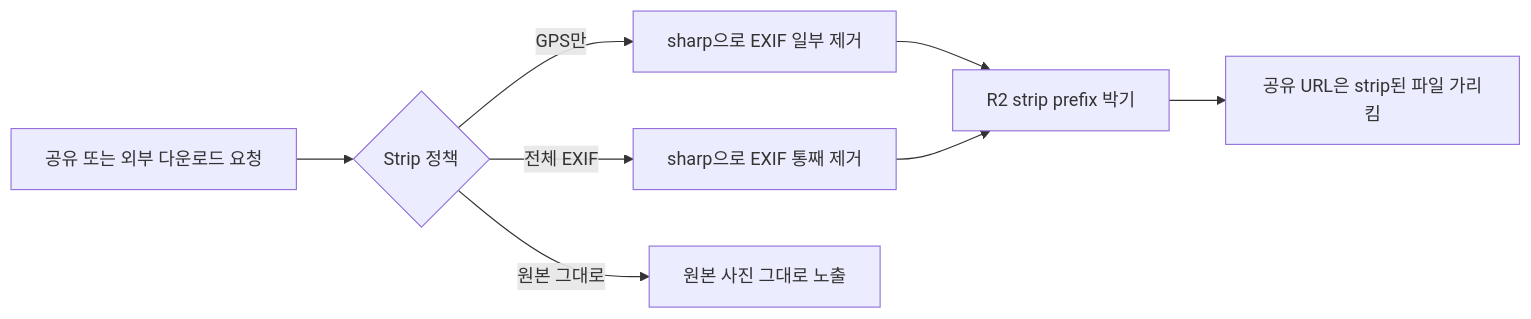
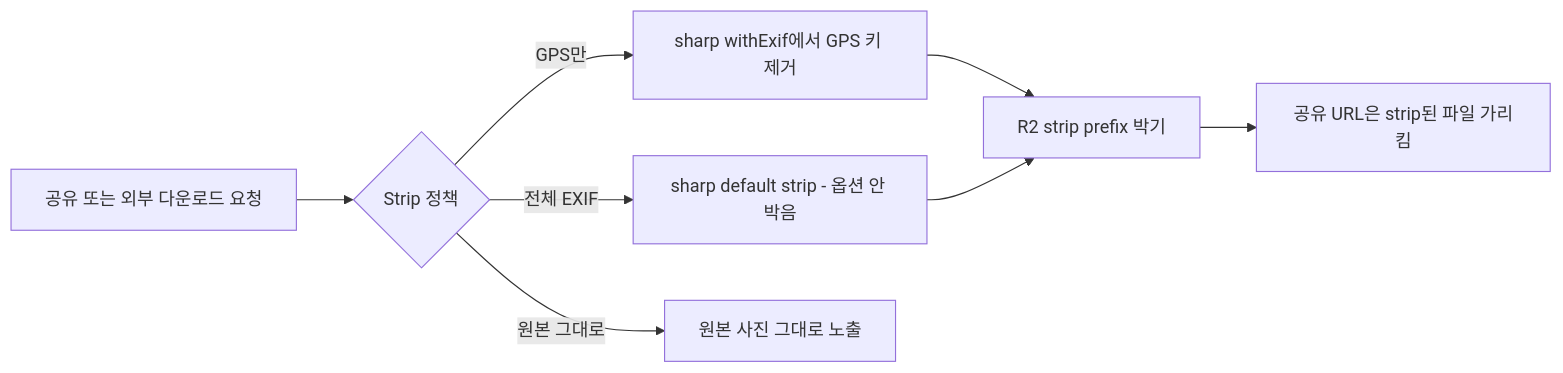
Before and after one commit to sikkzz/Trailog: the second of 3 diagrams in docs/specs/phase-03-sharing.md, drawn with Mermaid. The commit also changed other lines of this file and 3 other files, not shown here.

````diff
--- a/docs/specs/phase-03-sharing.md
+++ b/docs/specs/phase-03-sharing.md
@@ -135,10 +118,10 @@
 ```mermaid
 flowchart LR
     A[공유 또는 외부 다운로드 요청] --> B{Strip 정책}
-    B -->|GPS만| C[sharp으로 EXIF 일부 제거]
-    B -->|전체 EXIF| D[sharp으로 EXIF 통째 제거]
+    B -->|GPS만| C[sharp withExif에서 GPS 키 제거]
+    B -->|전체 EXIF| D[sharp default strip - 옵션 안 박음]
     B -->|원본 그대로| E[원본 사진 그대로 노출]
     C --> F[R2 strip prefix 박기]
     D --> F
     F --> G[공유 URL은 strip된 파일 가리킴]
 ```
````
